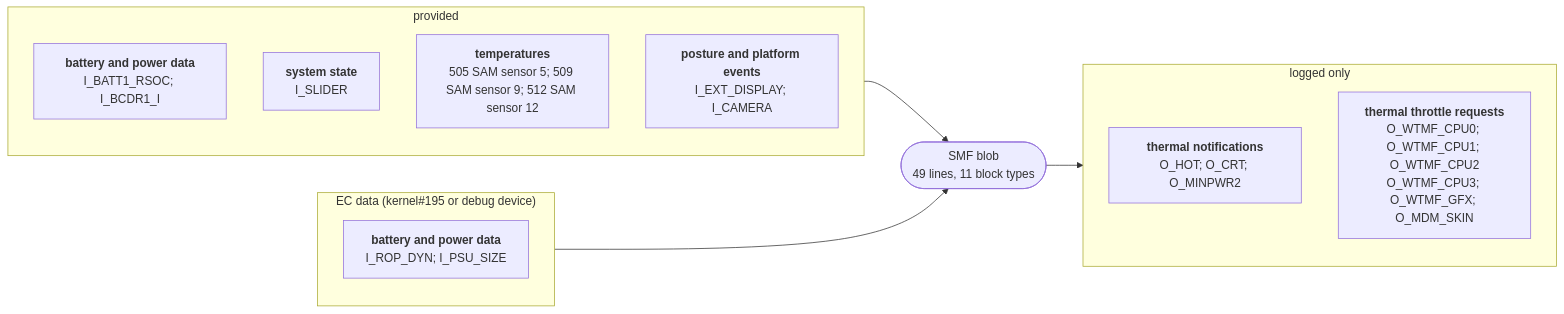
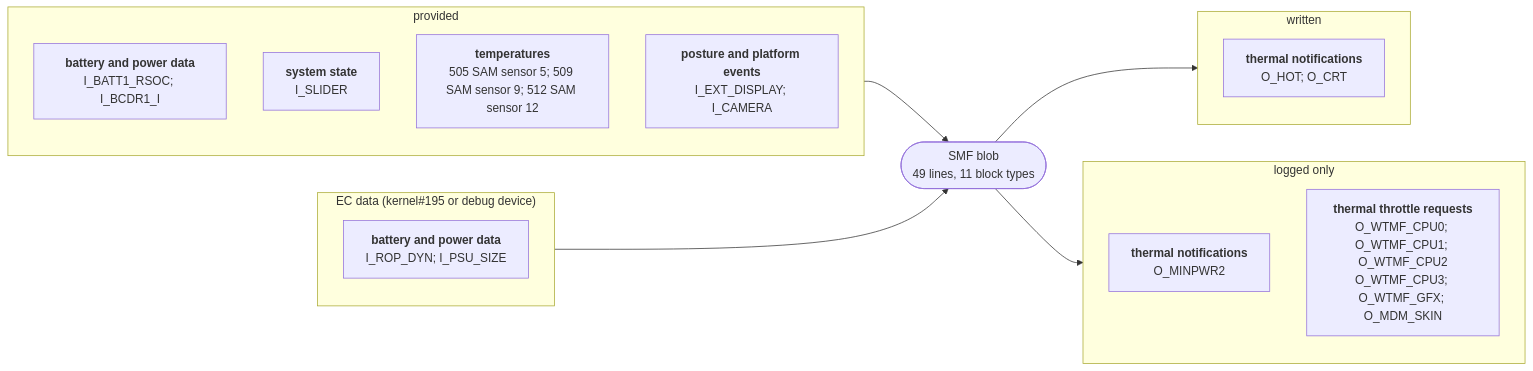
Before and after one commit to larsschellhas/linux-surface-power: the diagram in docs/devices/surface-pro-9-5g.md, drawn with Mermaid. The commit also changed other lines of this file and 53 other files, not shown here.

First line of the commit message:
Write PL3, PL4 and the thermal-policy requests; control only with every output written

````diff
--- a/docs/devices/surface-pro-9-5g.md
+++ b/docs/devices/surface-pro-9-5g.md
@@ -19,20 +19,24 @@
 ```mermaid
 flowchart LR
     subgraph IN0["provided"]
         I0_28B7BD85["<b>battery and power data</b><br/>I_BATT1_RSOC; I_BCDR1_I"]
         I0_2DD6960F["<b>system state</b><br/>I_SLIDER"]
         I0_2E8B14C2["<b>temperatures</b><br/>505 SAM sensor 5; 509 SAM sensor 9; 512 SAM sensor 12"]
         I0_8060B17F["<b>posture and platform events</b><br/>I_EXT_DISPLAY; I_CAMERA"]
     end
     IN0 --> B
     subgraph IN1["EC data (kernel#195 or debug device)"]
         I1_28B7BD85["<b>battery and power data</b><br/>I_ROP_DYN; I_PSU_SIZE"]
     end
     IN1 --> B
     B(["SMF blob<br/>49 lines, 11 block types"])
-    subgraph OUT0["logged only"]
-        O0_110DF2A4["<b>thermal notifications</b><br/>O_HOT; O_CRT; O_MINPWR2"]
-        O0_9BBB8910["<b>thermal throttle requests</b><br/>O_WTMF_CPU0; O_WTMF_CPU1; O_WTMF_CPU2<br/>O_WTMF_CPU3; O_WTMF_GFX; O_MDM_SKIN"]
+    subgraph OUT0["written"]
+        O0_110DF2A4["<b>thermal notifications</b><br/>O_HOT; O_CRT"]
     end
     B --> OUT0
+    subgraph OUT1["logged only"]
+        O1_110DF2A4["<b>thermal notifications</b><br/>O_MINPWR2"]
+        O1_9BBB8910["<b>thermal throttle requests</b><br/>O_WTMF_CPU0; O_WTMF_CPU1; O_WTMF_CPU2<br/>O_WTMF_CPU3; O_WTMF_GFX; O_MDM_SKIN"]
+    end
+    B --> OUT1
 ```
````
